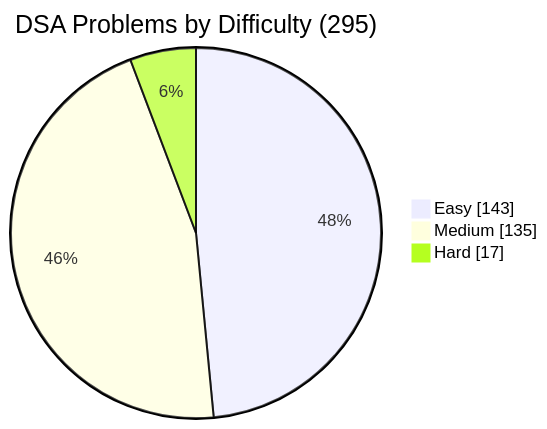
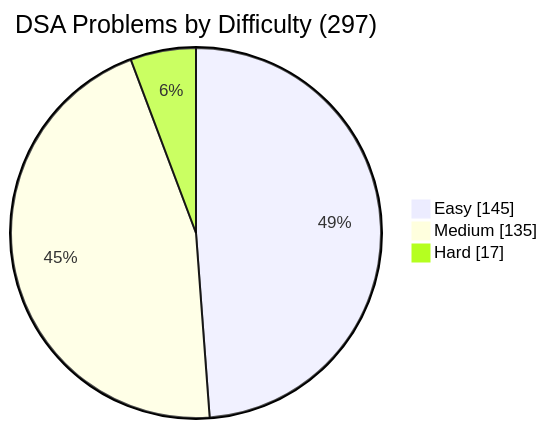
Before and after one commit to Roygautam8852/Roygautam8852: the third of 4 diagrams in README.md, drawn with Mermaid. The commit also changed other lines of this file, not shown here.

````diff
--- a/README.md
+++ b/README.md
@@ -280,6 +328,6 @@
 ```mermaid
-pie showData title DSA Problems by Difficulty (295)
-    "Easy" : 143
+pie showData title DSA Problems by Difficulty (297)
+    "Easy" : 145
     "Medium" : 135
     "Hard" : 17
 ```
````
